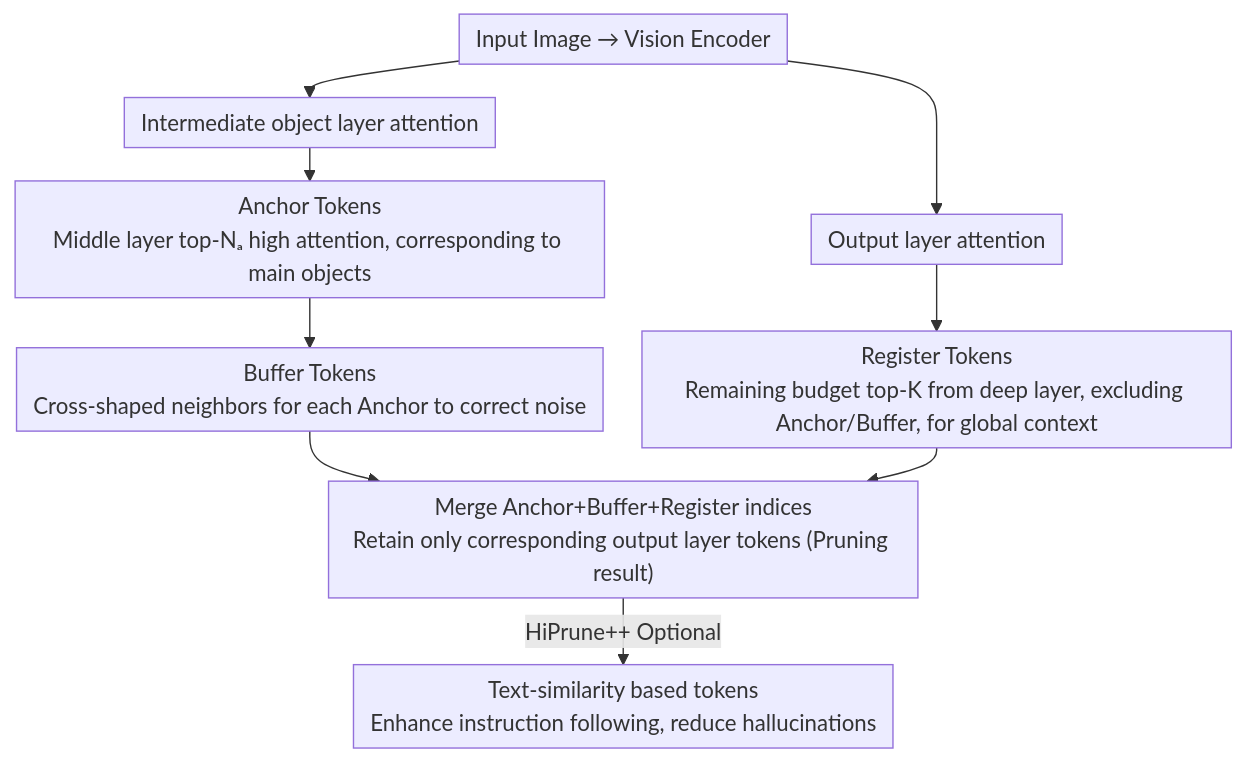
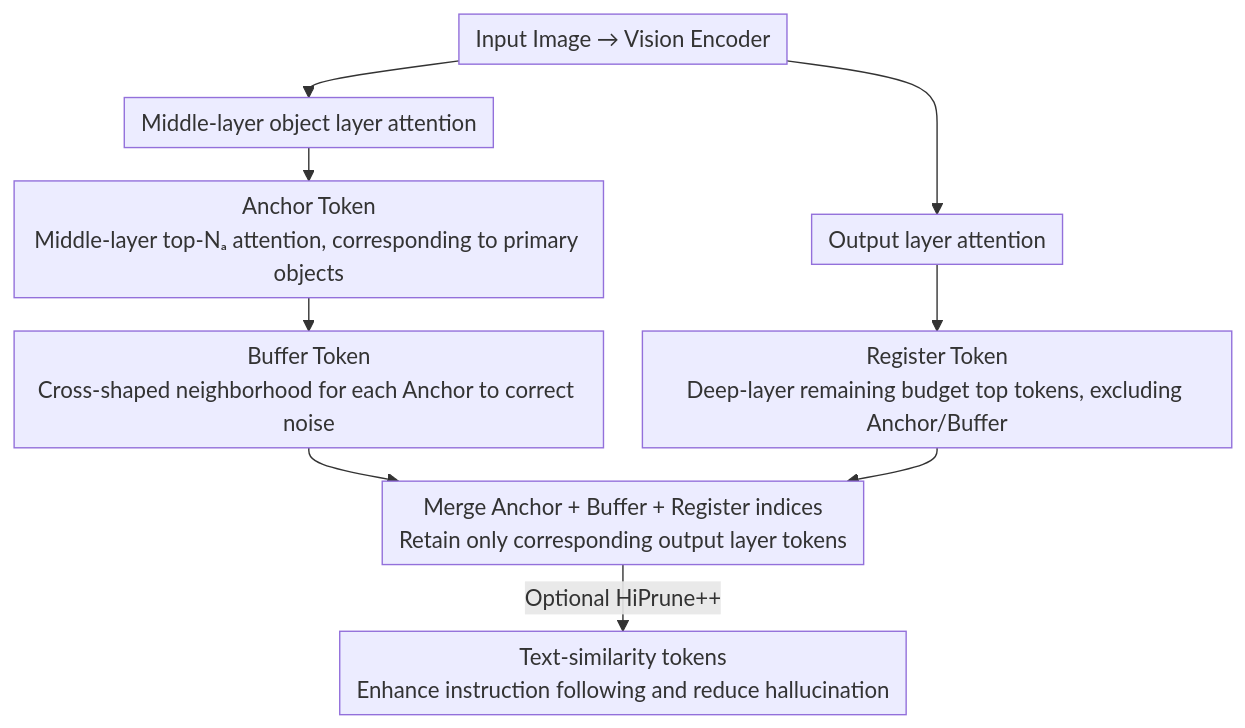
The diagram in docs/ACL2026/vlm_efficiency/hiprune_hierarchical_attention_for_efficient_token_pruning_in_vision-language_mo.md (zhaoyang97/Paper-Notes-en), drawn with Mermaid before and after one commit. The commit also changed other lines of this file and 5084 other files, not shown here.

````diff
--- a/docs/ACL2026/vlm_efficiency/hiprune_hierarchical_attention_for_efficient_token_pruning_in_vision-language_mo.md
+++ b/docs/ACL2026/vlm_efficiency/hiprune_hierarchical_attention_for_efficient_token_pruning_in_vision-language_mo.md
@@ -44,12 +44,12 @@
 ```mermaid
 %%{init: {'flowchart': {'rankSpacing': 24, 'nodeSpacing': 28, 'padding': 6, 'wrappingWidth': 400}}}%%
 flowchart TD
-    A["Input Image → Vision Encoder"] --> B["Intermediate object layer attention"]
+    A["Input Image → Vision Encoder"] --> B["Middle-layer object layer attention"]
     A --> C["Output layer attention"]
-    B --> D["Anchor Tokens<br/>Middle layer top-Nₐ high attention, corresponding to main objects"]
-    D --> E["Buffer Tokens<br/>Cross-shaped neighbors for each Anchor to correct noise"]
-    C --> F["Register Tokens<br/>Remaining budget top-K from deep layer, excluding Anchor/Buffer, for global context"]
-    E --> G["Merge Anchor+Buffer+Register indices<br/>Retain only corresponding output layer tokens (Pruning result)"]
+    B --> D["Anchor Token<br/>Middle-layer top-Nₐ attention, corresponding to primary objects"]
+    D --> E["Buffer Token<br/>Cross-shaped neighborhood for each Anchor to correct noise"]
+    C --> F["Register Token<br/>Deep-layer remaining budget top tokens, excluding Anchor/Buffer"]
+    E --> G["Merge Anchor + Buffer + Register indices<br/>Retain only corresponding output layer tokens"]
     F --> G
-    G -->|HiPrune++ Optional| H["Text-similarity based tokens<br/>Enhance instruction following, reduce hallucinations"]
+    G -->|Optional HiPrune++| H["Text-similarity tokens<br/>Enhance instruction following and reduce hallucination"]
 ```
````
